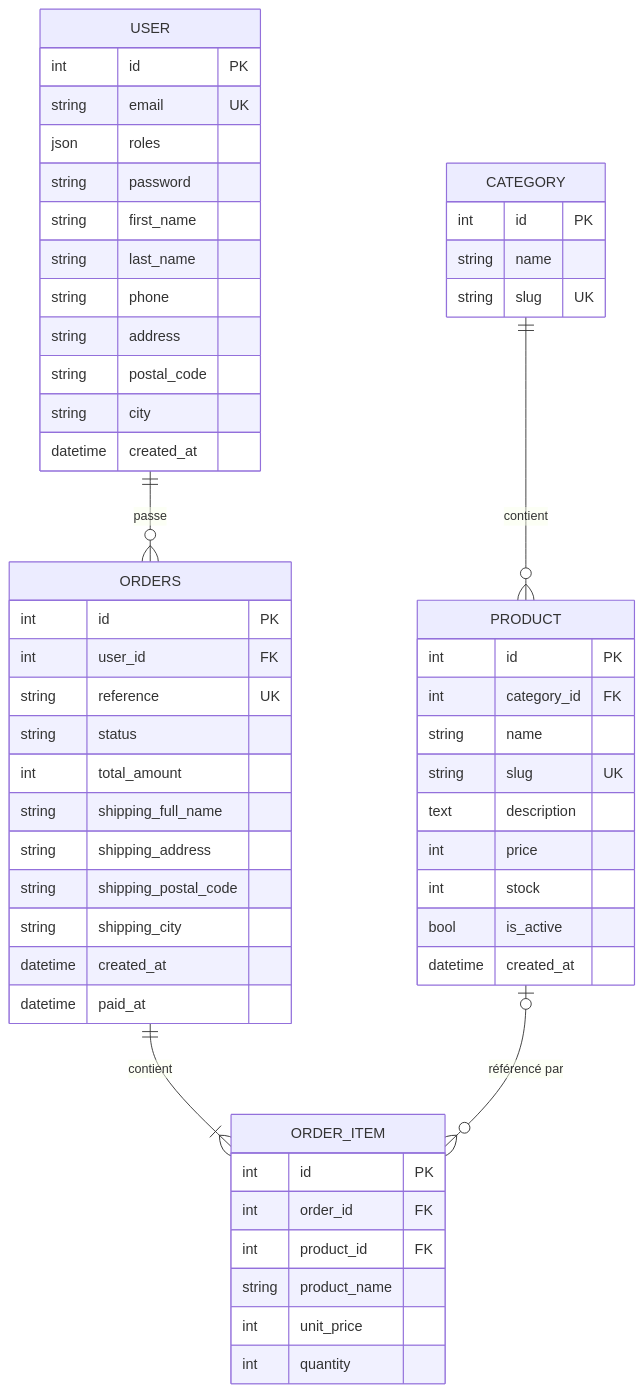
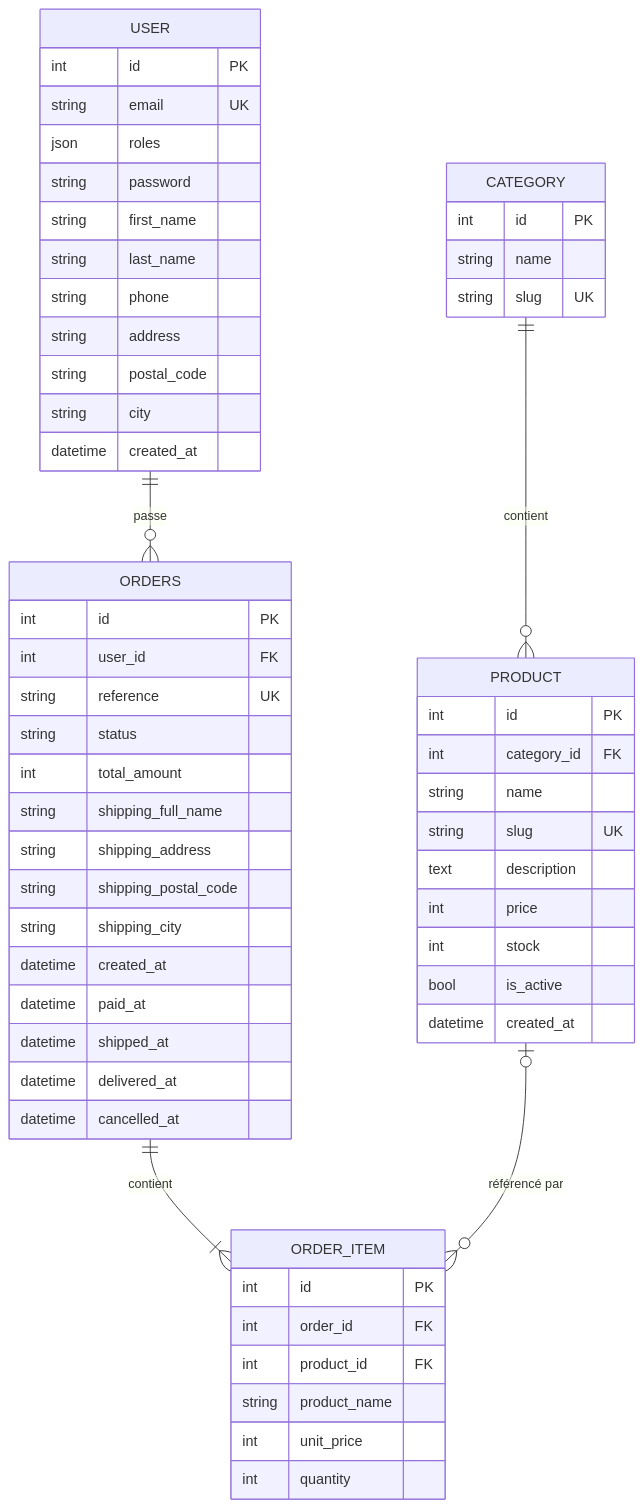
One commit to Math-Pav/e-commerce changed the diagram in docs/modele-de-donnees.md. Above: the diagram before and after it, drawn with Mermaid. The commit also changed other lines of this file and 1 other file, not shown here.

````diff
--- a/docs/modele-de-donnees.md
+++ b/docs/modele-de-donnees.md
@@ -7,58 +7,61 @@
 ```mermaid
 erDiagram
     CATEGORY ||--o{ PRODUCT : contient
     USER ||--o{ ORDERS : passe
     ORDERS ||--|{ ORDER_ITEM : contient
     PRODUCT |o--o{ ORDER_ITEM : "référencé par"
 
     CATEGORY {
         int id PK
         string name
         string slug UK
     }
     PRODUCT {
         int id PK
         int category_id FK
         string name
         string slug UK
         text description
         int price
         int stock
         bool is_active
         datetime created_at
     }
     USER {
         int id PK
         string email UK
         json roles
         string password
         string first_name
         string last_name
         string phone
         string address
         string postal_code
         string city
         datetime created_at
     }
     ORDERS {
         int id PK
         int user_id FK
         string reference UK
         string status
         int total_amount
         string shipping_full_name
         string shipping_address
         string shipping_postal_code
         string shipping_city
         datetime created_at
         datetime paid_at
+        datetime shipped_at
+        datetime delivered_at
+        datetime cancelled_at
     }
     ORDER_ITEM {
         int id PK
         int order_id FK
         int product_id FK
         string product_name
         int unit_price
         int quantity
     }
 ```
````
